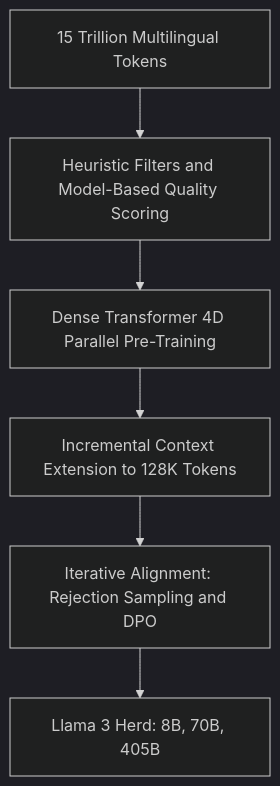
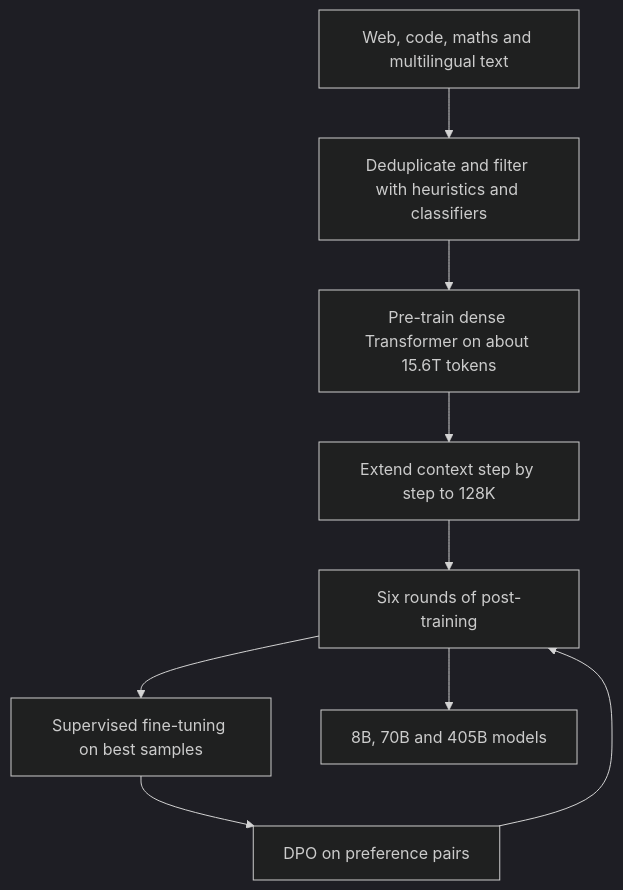
Before and after one commit to Tarunsai08/PaperStack: the diagram in content/papers/the-llama-3-herd-of-models.md, drawn with Mermaid (dark theme). The commit also changed other lines of this file and 9 other files, not shown here.

````diff
--- a/content/papers/the-llama-3-herd-of-models.md
+++ b/content/papers/the-llama-3-herd-of-models.md
@@ -115,8 +81,11 @@
 ```mermaid
 flowchart TD
-    RawData[15 Trillion Multilingual Tokens] --> CleanPipe[Heuristic Filters and Model-Based Quality Scoring]
-    CleanPipe --> Pretrain[Dense Transformer 4D Parallel Pre-Training]
-    Pretrain --> LongContext[Incremental Context Extension to 128K Tokens]
-    LongContext --> PostTrain[Iterative Alignment: Rejection Sampling and DPO]
-    PostTrain --> Models[Llama 3 Herd: 8B, 70B, 405B]
+  A[Web, code, maths and multilingual text] --> B[Deduplicate and filter with heuristics and classifiers]
+  B --> C[Pre-train dense Transformer on about 15.6T tokens]
+  C --> D[Extend context step by step to 128K]
+  D --> E[Six rounds of post-training]
+  E --> F[Supervised fine-tuning on best samples]
+  F --> G[DPO on preference pairs]
+  G --> E
+  E --> H[8B, 70B and 405B models]
 ```
````
